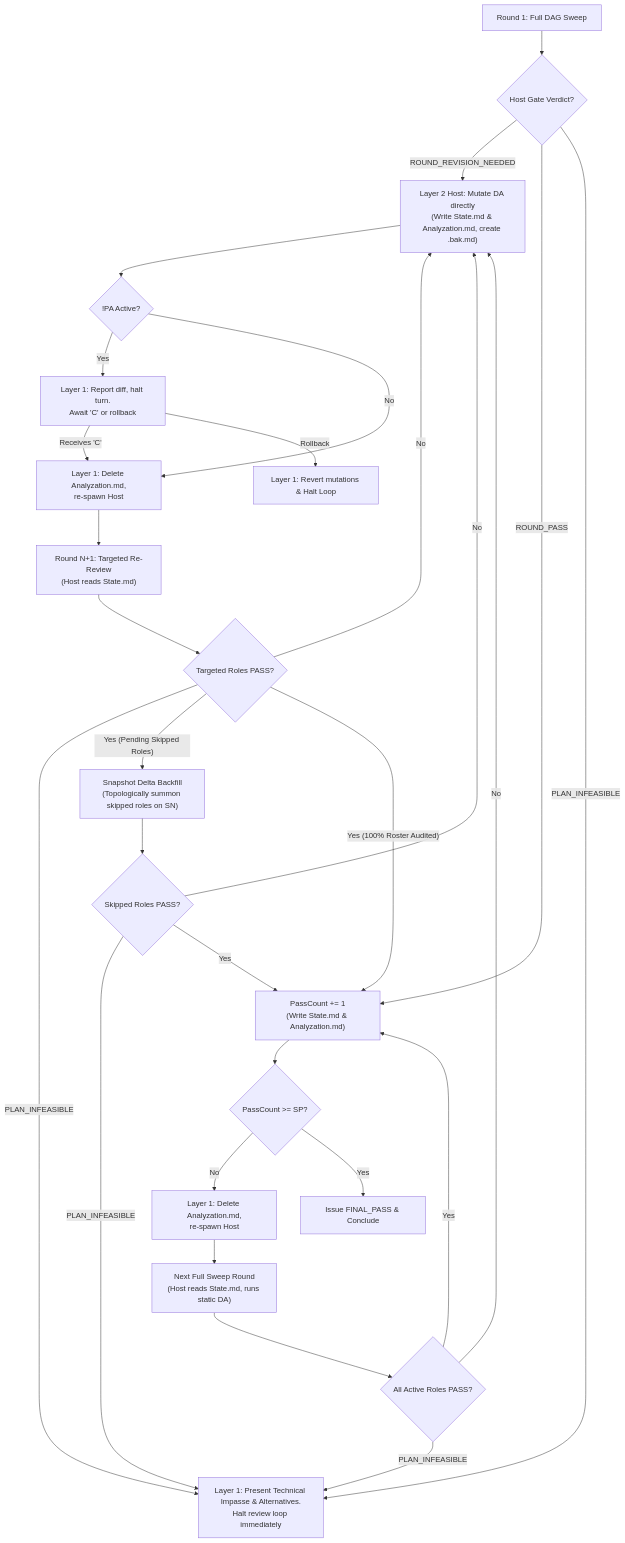
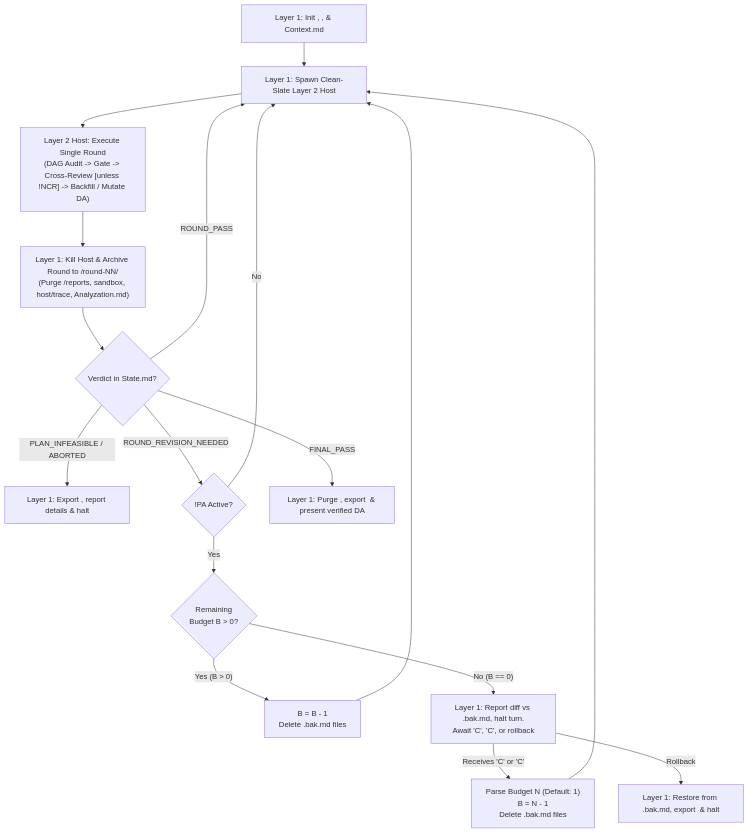
The diagram in productivity/conduct-deep-reviewing-loop/SKILL.md (loerei/myskills), drawn with Mermaid before and after one commit. The commit also changed other lines of this file and 100 other files, not shown here.

Commit message:
refactor(conduct-deep-reviewing-loop): consolidate cross-review suite as default and add !NCR opt-out

````diff
--- a/productivity/conduct-deep-reviewing-loop/SKILL.md
+++ b/productivity/conduct-deep-reviewing-loop/SKILL.md
@@ -20,29 +20,17 @@
 ```mermaid
 flowchart TD
-    Start["Round 1: Full DAG Sweep"] --> Eval{"Host Gate Verdict?"}
-    Eval -->|"ROUND_REVISION_NEEDED"| Apply["Layer 2 Host: Mutate DA directly<br/>(Write State.md & Analyzation.md, create <da_stem>.bak.md)"]
-    Eval -->|"ROUND_PASS"| Accumulate["PassCount += 1<br/>(Write State.md & Analyzation.md)"]
-    Eval -->|"PLAN_INFEASIBLE"| HaltInfeasible["Layer 1: Present Technical Impasse & Alternatives.<br/>Halt review loop immediately"]
-    Apply --> CheckPA{"!PA Active?"}
-    CheckPA -->|"Yes"| PAPause["Layer 1: Report diff, halt turn.<br/>Await 'C' or rollback"]
-    PAPause -->|"Receives 'C'"| Handoff["Layer 1: Delete Analyzation.md,<br/>re-spawn Host"] --> TargetRun["Round N+1: Targeted Re-Review<br/>(Host reads State.md)"]
-    PAPause -->|"Rollback"| RevertHalt["Layer 1: Revert mutations & Halt Loop"]
-    CheckPA -->|"No"| Handoff
-    CheckTarget{"Targeted Roles PASS?"}
-    TargetRun --> CheckTarget
-    CheckTarget -->|"No"| Apply
-    CheckTarget -->|"PLAN_INFEASIBLE"| HaltInfeasible
-    CheckTarget -->|"Yes (Pending Skipped Roles)"| Backfill["Snapshot Delta Backfill<br/>(Topologically summon skipped roles on SN)"]
-    Backfill --> BackfillCheck{"Skipped Roles PASS?"}
-    BackfillCheck -->|"No"| Apply
-    BackfillCheck -->|"PLAN_INFEASIBLE"| HaltInfeasible
-    BackfillCheck -->|"Yes"| Accumulate
-    CheckTarget -->|"Yes (100% Roster Audited)"| Accumulate
-    Accumulate --> SPCheck{"PassCount >= SP?"}
-    SPCheck -->|"No"| HandoffSweep["Layer 1: Delete Analyzation.md,<br/>re-spawn Host"] --> FullSweep["Next Full Sweep Round<br/>(Host reads State.md, runs static DA)"]
-    FullSweep --> SweepCheck{"All Active Roles PASS?"}
-    SweepCheck -->|"No"| Apply
-    SweepCheck -->|"PLAN_INFEASIBLE"| HaltInfeasible
-    SweepCheck -->|"Yes"| Accumulate
-    SPCheck -->|"Yes"| FinalPass["Issue FINAL_PASS & Conclude"]
+    Init["Layer 1: Init <review_dir>, <trace_vault>, & Context.md"] --> SpawnHost["Layer 1: Spawn Clean-Slate Layer 2 Host"]
+    SpawnHost --> HostExec["Layer 2 Host: Execute Single Round<br/>(DAG Audit -> Gate -> Cross-Review [unless !NCR] -> Backfill / Mutate DA)"]
+    HostExec --> Archive["Layer 1: Kill Host & Archive Round to <trace_vault>/round-NN/<br/>(Purge <review_dir>/reports, sandbox, host/trace, Analyzation.md)"]
+    Archive --> Eval{"Verdict in State.md?"}
+    Eval -->|"PLAN_INFEASIBLE / ABORTED"| ExportHalt["Layer 1: Export <trace_vault>, report details & halt"]
+    Eval -->|"ROUND_REVISION_NEEDED"| CheckPA{"!PA Active?"}
+    CheckPA -->|"Yes"| CheckBudget{"Remaining<br/>Budget B > 0?"}
+    CheckBudget -->|"Yes (B > 0)"| DecrBudget["B = B - 1<br/>Delete .bak.md files"] --> SpawnHost
+    CheckBudget -->|"No (B == 0)"| PAPause["Layer 1: Report diff vs .bak.md, halt turn.<br/>Await 'C', '<N>C', or rollback"]
+    PAPause -->|"Receives 'C' or '<N>C'"| SetBudget["Parse Budget N (Default: 1)<br/>B = N - 1<br/>Delete .bak.md files"] --> SpawnHost
+    PAPause -->|"Rollback"| RevertHalt["Layer 1: Restore from .bak.md, export <trace_vault> & halt"]
+    CheckPA -->|"No"| SpawnHost
+    Eval -->|"ROUND_PASS"| SpawnHost
+    Eval -->|"FINAL_PASS"| Finalize["Layer 1: Purge <review_dir>, export <trace_vault> & present verified DA"]
 ```
````
